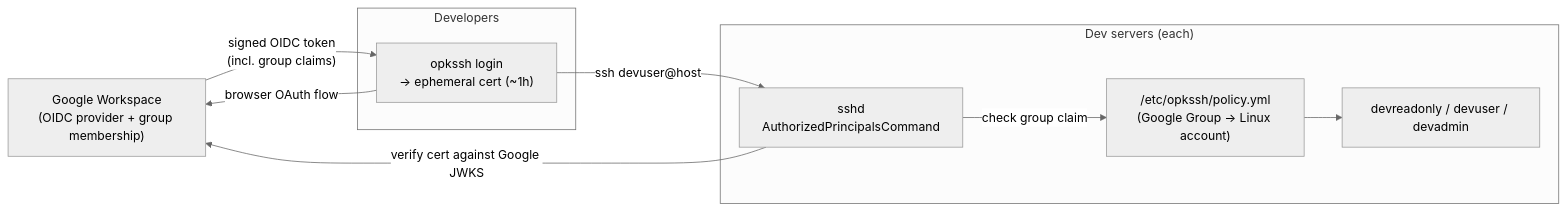
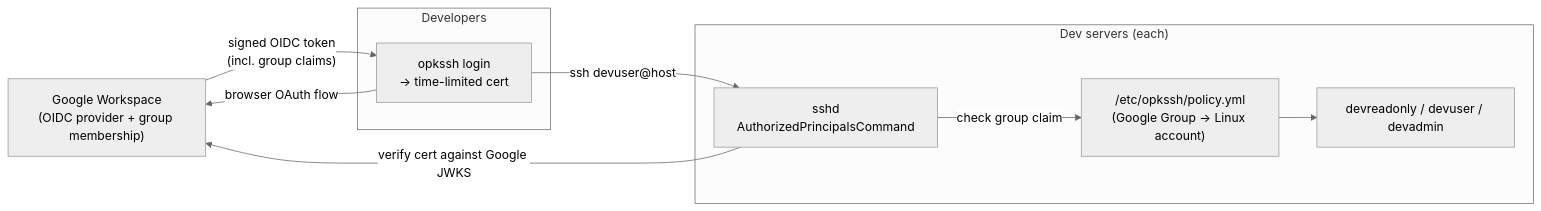
The second of 2 diagrams in projects/opkssh-dev-access/README.md (r-t-chan/devops-engineering-portfolio), drawn with Mermaid (neutral theme) before and after one commit. The commit also changed other lines of this file, not shown here.

Commit message:
Fix OPKSSH case study: remove incorrect 1-hour cert expiry claims

````diff
--- a/projects/opkssh-dev-access/README.md
+++ b/projects/opkssh-dev-access/README.md
@@ -56,21 +56,21 @@
 ```mermaid
 flowchart LR
     gw["Google Workspace\n(OIDC provider + group membership)"]
 
     subgraph devs["Developers"]
-        cli["opkssh login\n→ ephemeral cert (~1h)"]
+        cli["opkssh login\n→ time-limited cert"]
     end
 
     subgraph servers["Dev servers (each)"]
         sshd["sshd\nAuthorizedPrincipalsCommand"]
         policy["/etc/opkssh/policy.yml\n(Google Group → Linux account)"]
         accounts["devreadonly / devuser / devadmin"]
     end
 
     cli -- "browser OAuth flow" --> gw
     gw -- "signed OIDC token\n(incl. group claims)" --> cli
     cli -- "ssh devuser@host" --> sshd
     sshd -- "verify cert against Google JWKS" --> gw
     sshd -- "check group claim" --> policy
     policy --> accounts
 ```
````
